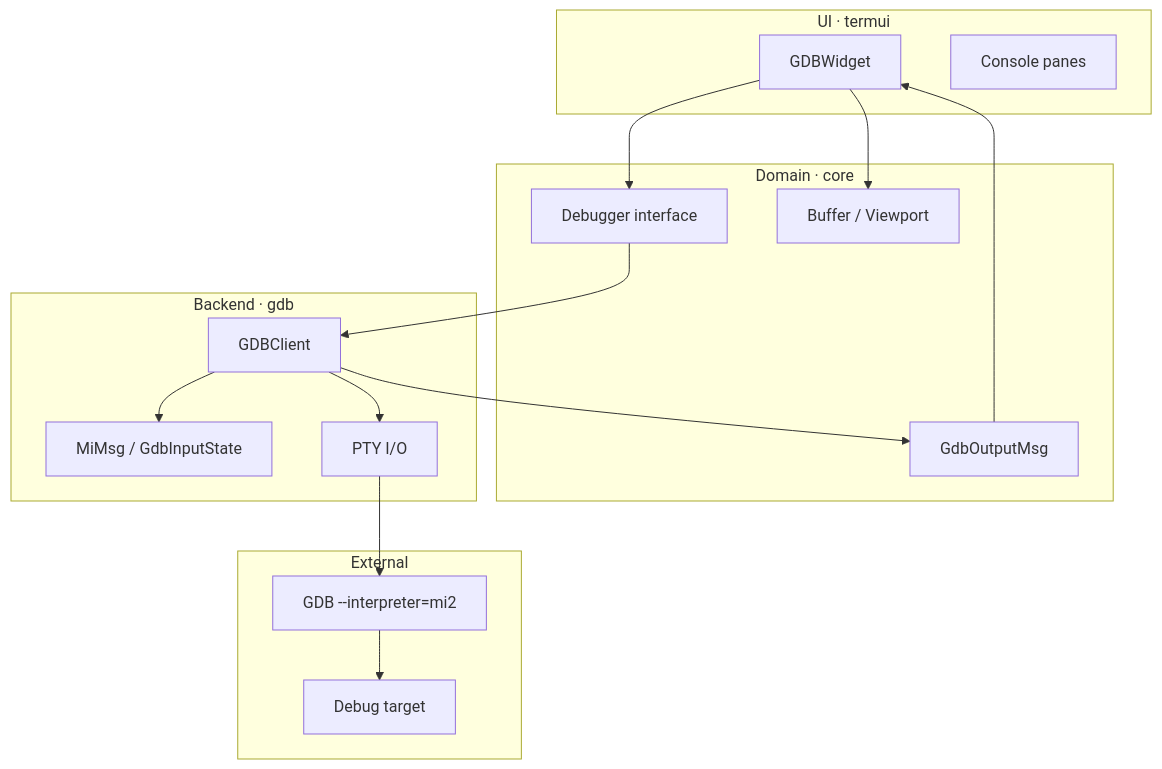
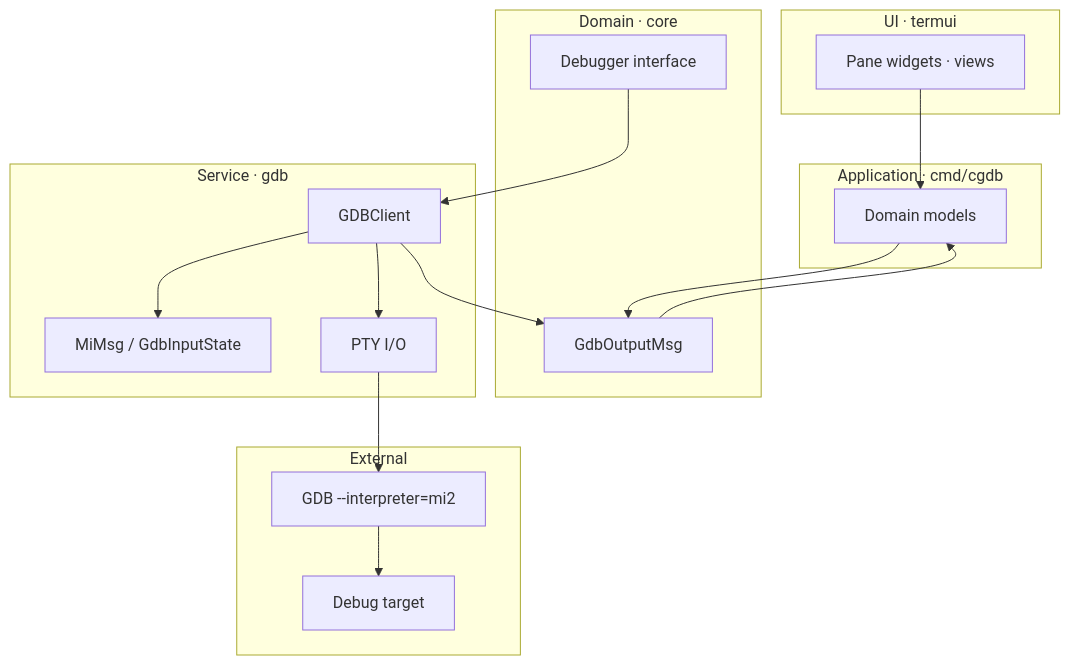
One commit to yairgd/gdbforge changed the first of 3 diagrams in docs/DEBUGGER_INTEGRATION.md. Above: the diagram before and after it, drawn with Mermaid. The commit also changed other lines of this file and 15 other files, not shown here.

````diff
--- a/docs/DEBUGGER_INTEGRATION.md
+++ b/docs/DEBUGGER_INTEGRATION.md
@@ -25,31 +27,34 @@
 ```mermaid
 flowchart TB
     subgraph UI["UI · termui"]
-        GDBWidget["GDBWidget"]
-        Console["Console panes"]
+        Widgets["Pane widgets · views"]
+    end
+
+    subgraph App["Application · cmd/cgdb"]
+        Models["Domain models"]
     end
 
     subgraph Domain["Domain · core"]
         DebuggerIF["Debugger interface"]
-        Buffer["Buffer / Viewport"]
         Events["GdbOutputMsg"]
     end
 
-    subgraph Backend["Backend · gdb"]
+    subgraph Backend["Service · gdb"]
         Client["GDBClient"]
         MI["MiMsg / GdbInputState"]
         PTY["PTY I/O"]
     end
 
     subgraph External["External"]
         GDB["GDB --interpreter=mi2"]
         Target["Debug target"]
     end
 
-    GDBWidget --> DebuggerIF
-    GDBWidget --> Buffer
+    Widgets --> Models
+    Models --> Events
+    Client --> Events
+    Events --> Models
     DebuggerIF --> Client
     Client --> PTY --> GDB --> Target
-    Client --> Events --> GDBWidget
     Client --> MI
 ```
````
